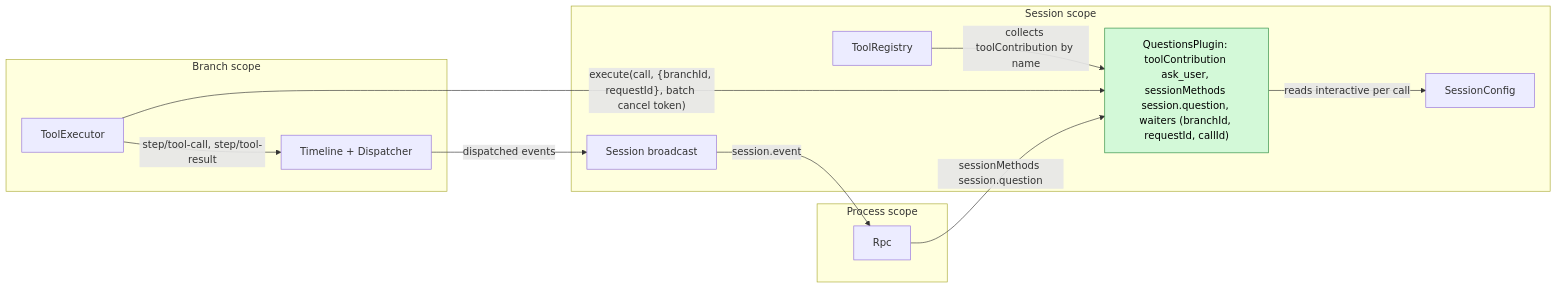
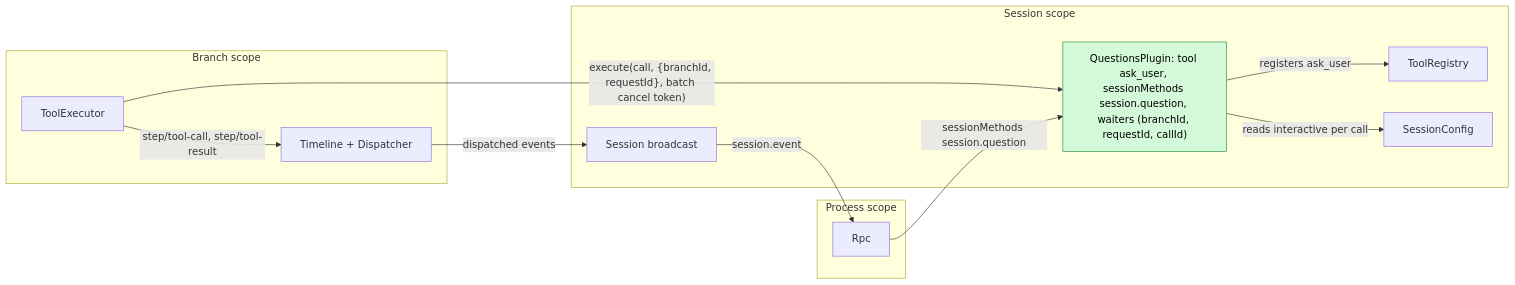
Before and after one commit to CoutinhoTTS/dim-agent: the first of 4 diagrams in docs/design/plugins/Questions.md, drawn with Mermaid. The commit also changed other lines of this file and 101 other files, not shown here.

````diff
--- a/docs/design/plugins/Questions.md
+++ b/docs/design/plugins/Questions.md
@@ -21,24 +21,24 @@
 ```mermaid
 flowchart LR
   subgraph P["Process scope"]
     RPC["Rpc"]
   end
   subgraph S["Session scope"]
-    QS["QuestionsPlugin: toolContribution ask_user, sessionMethods session.question, waiters (branchId, requestId, callId)"]:::new
+    QS["QuestionsPlugin: tool ask_user, sessionMethods session.question, waiters (branchId, requestId, callId)"]:::new
     TR["ToolRegistry"]
     CFG["SessionConfig"]
     SB["Session broadcast"]
   end
   subgraph B["Branch scope"]
     TE["ToolExecutor"]
     TL["Timeline + Dispatcher"]
   end
-  TR -- "collects toolContribution by name" --> QS
+  QS -- "registers ask_user" --> TR
   TE -- "execute(call, {branchId, requestId}, batch cancel token)" --> QS
   RPC -- "sessionMethods session.question" --> QS
   QS -- "reads interactive per call" --> CFG
   TE -- "step/tool-call, step/tool-result" --> TL
   TL -- "dispatched events" --> SB
   SB -- "session.event" --> RPC
   classDef new fill:#d3f9d8,stroke:#2b8a3e,color:#000
 ```
````
